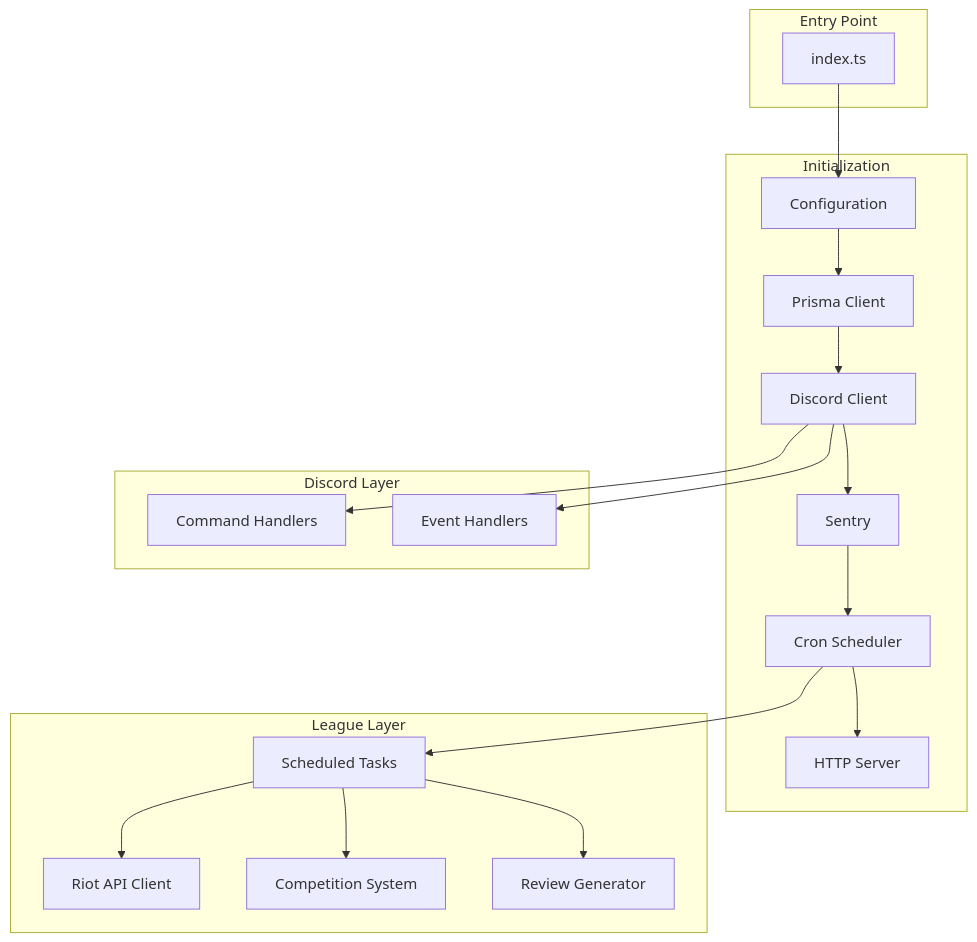
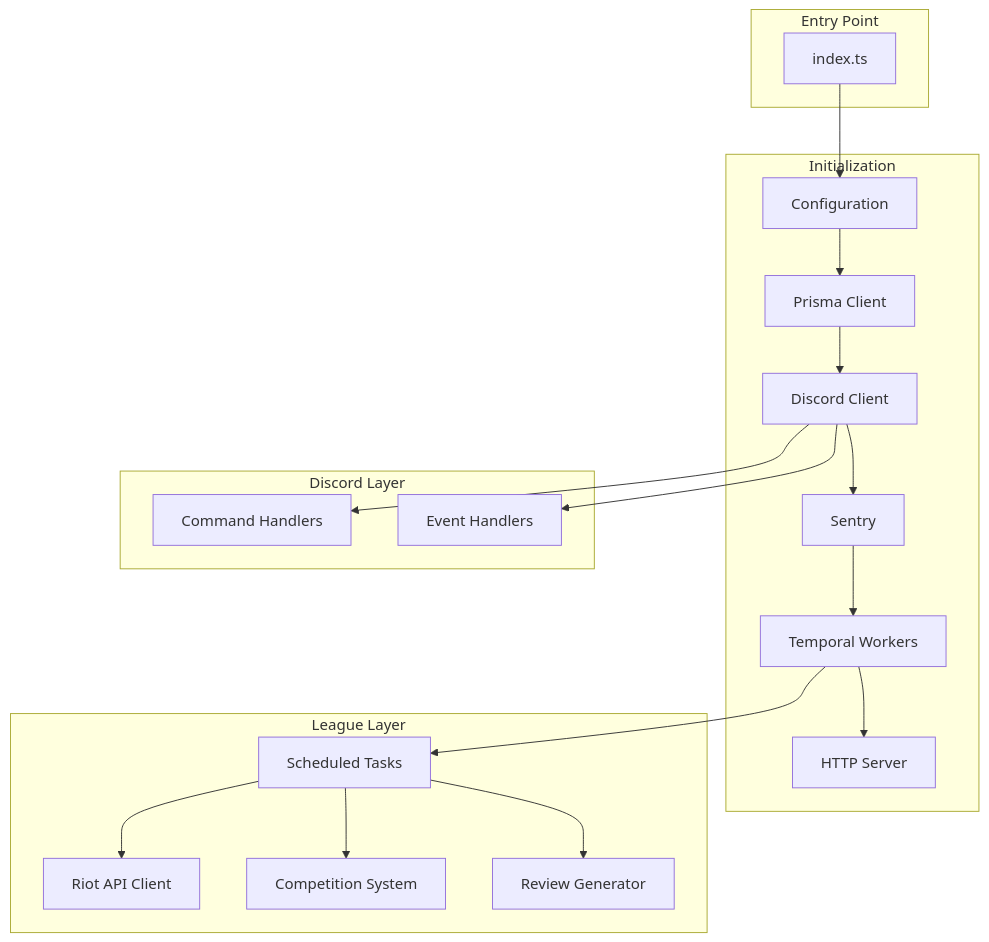
One commit to shepherdjerred/monorepo changed the first of 8 diagrams in packages/scout-for-lol/docs/backend.md. Above: the diagram before and after it, drawn with Mermaid. The commit also changed other lines of this file and 41 other files, not shown here.

````diff
--- a/packages/scout-for-lol/docs/backend.md
+++ b/packages/scout-for-lol/docs/backend.md
@@ -7,41 +7,41 @@
 ```mermaid
 flowchart TB
     subgraph Entry["Entry Point"]
         INDEX["index.ts"]
     end
 
     subgraph Init["Initialization"]
         CONFIG["Configuration"]
         PRISMA["Prisma Client"]
         DISCORD["Discord Client"]
         SENTRY_INIT["Sentry"]
-        CRON["Cron Scheduler"]
+        TEMPORAL["Temporal Workers"]
         HTTP["HTTP Server"]
     end
 
     subgraph Discord["Discord Layer"]
         COMMANDS["Command Handlers"]
         EVENTS["Event Handlers"]
     end
 
     subgraph League["League Layer"]
         API_CLIENT["Riot API Client"]
         TASKS["Scheduled Tasks"]
         COMPETITION["Competition System"]
         REVIEW["Review Generator"]
     end
 
     INDEX --> CONFIG
     CONFIG --> PRISMA
     PRISMA --> DISCORD
     DISCORD --> SENTRY_INIT
-    SENTRY_INIT --> CRON
-    CRON --> HTTP
+    SENTRY_INIT --> TEMPORAL
+    TEMPORAL --> HTTP
 
     DISCORD --> COMMANDS
     DISCORD --> EVENTS
-    CRON --> TASKS
+    TEMPORAL --> TASKS
     TASKS --> API_CLIENT
     TASKS --> REVIEW
     TASKS --> COMPETITION
 ```
````
